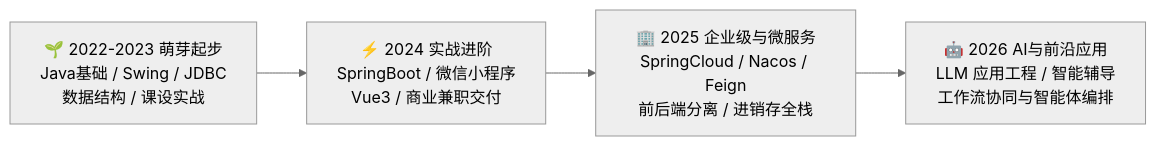
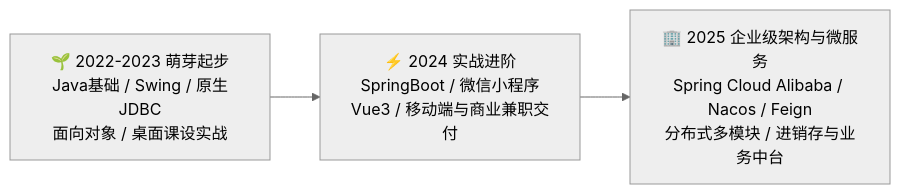
One commit to 2454435987/my-programming-journey changed the diagram in README.md. Above: the diagram before and after it, drawn with Mermaid (neutral theme). The commit also changed other lines of this file, not shown here.

Commit message:
docs: refine roadmap and focus on fullstack and microservice projects

````diff
--- a/README.md
+++ b/README.md
@@ -10,6 +10,5 @@
 ```mermaid
 flowchart LR
-    A["🌱 2022-2023 萌芽起步<br/>Java基础 / Swing / JDBC<br/>数据结构 / 课设实战"] --> B["⚡ 2024 实战进阶<br/>SpringBoot / 微信小程序<br/>Vue3 / 商业兼职交付"]
-    B --> C["🏢 2025 企业级与微服务<br/>SpringCloud / Nacos / Feign<br/>前后端分离 / 进销存全栈"]
-    C --> D["🤖 2026 AI与前沿应用<br/>LLM 应用工程 / 智能辅导<br/>工作流协同与智能体编排"]
+    A["🌱 2022-2023 萌芽起步<br/>Java基础 / Swing / 原生JDBC<br/>面向对象 / 桌面课设实战"] --> B["⚡ 2024 实战进阶<br/>SpringBoot / 微信小程序<br/>Vue3 / 移动端与商业兼职交付"]
+    B --> C["🏢 2025 企业级架构与微服务<br/>Spring Cloud Alibaba / Nacos / Feign<br/>分布式多模块 / 进销存与业务中台"]
 ```
````
